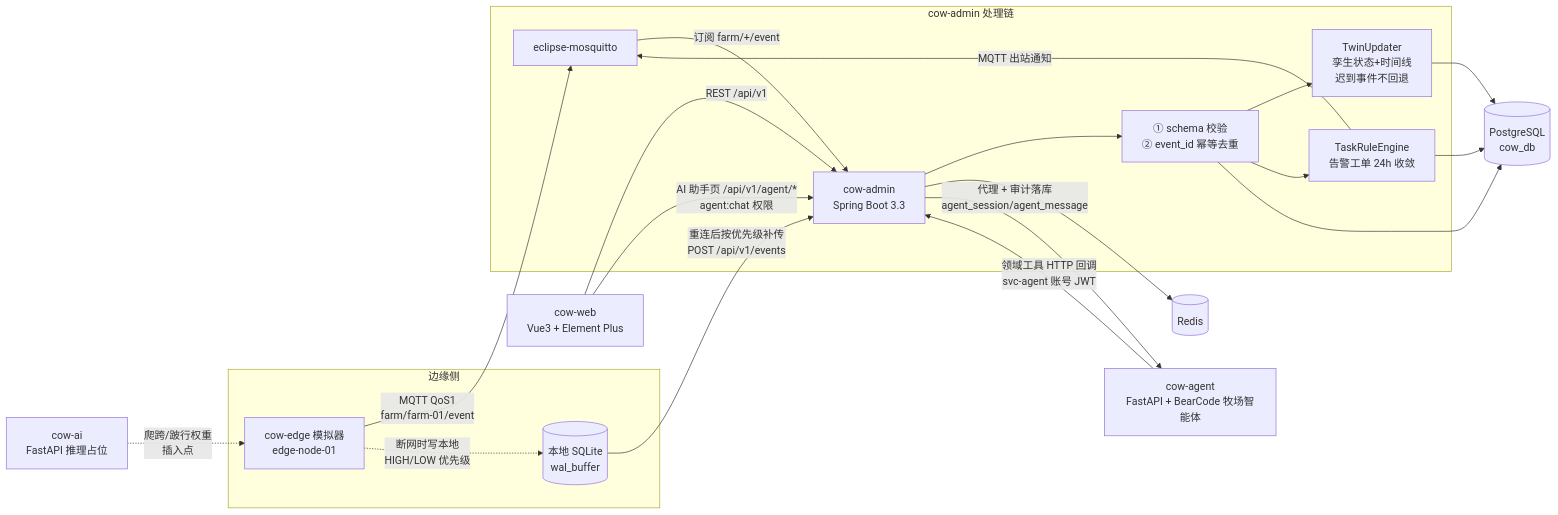
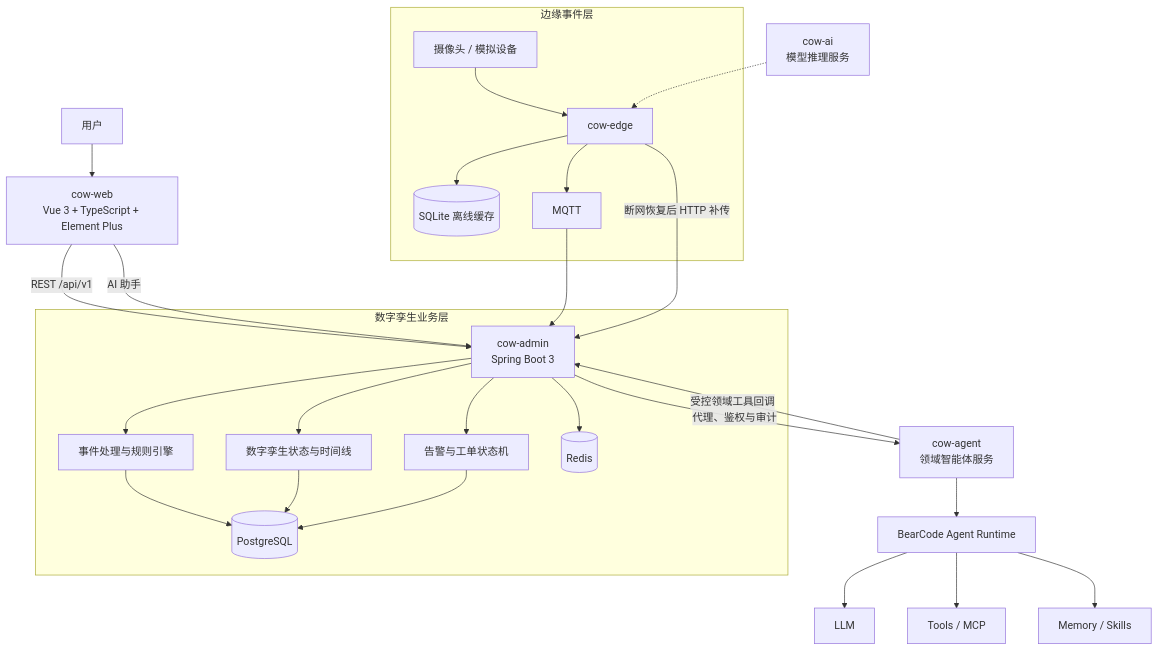
One commit to ssrnium/cattle-digital-twin-agent-platform changed the fifth of 5 diagrams in README.md. Above: the diagram before and after it, drawn with Mermaid. The commit also changed other lines of this file, not shown here.

````diff
--- a/README.md
+++ b/README.md
@@ -8,26 +167,33 @@
 ```mermaid
-flowchart LR
-    subgraph Edge[边缘侧]
-        SIM[cow-edge 模拟器<br/>edge-node-01]
-        WAL[(本地 SQLite<br/>wal_buffer)]
+flowchart TB
+    USER[用户] --> WEB[cow-web<br/>Vue 3 + TypeScript + Element Plus]
+    WEB -->|REST /api/v1| ADMIN[cow-admin<br/>Spring Boot 3]
+
+    subgraph BUSINESS[数字孪生业务层]
+        ADMIN --> EVENT[事件处理与规则引擎]
+        ADMIN --> TWIN[数字孪生状态与时间线]
+        ADMIN --> WORK[告警与工单状态机]
+        EVENT --> PG[(PostgreSQL)]
+        TWIN --> PG
+        WORK --> PG
+        ADMIN --> REDIS[(Redis)]
     end
-    SIM -->|MQTT QoS1<br/>farm/farm-01/event| MQ[eclipse-mosquitto]
-    SIM -.->|断网时写本地<br/>HIGH/LOW 优先级| WAL
-    WAL -->|重连后按优先级补传<br/>POST /api/v1/events| ADMIN
-    MQ -->|订阅 farm/+/event| ADMIN[cow-admin<br/>Spring Boot 3.3]
-    subgraph Admin[cow-admin 处理链]
-        ADMIN --> DEDUP[① schema 校验<br/>② event_id 幂等去重]
-        DEDUP --> TWIN[TwinUpdater<br/>孪生状态+时间线<br/>迟到事件不回退]
-        DEDUP --> RULE[TaskRuleEngine<br/>告警工单 24h 收敛]
-        RULE -->|MQTT 出站通知| MQ
+
+    WEB -->|AI 助手| ADMIN
+    ADMIN -->|代理、鉴权与审计| COWAGENT[cow-agent<br/>领域智能体服务]
+    COWAGENT --> RUNTIME[BearCode Agent Runtime]
+    RUNTIME --> LLM[LLM]
+    RUNTIME --> TOOLS[Tools / MCP]
+    RUNTIME --> MEMORY[Memory / Skills]
+    COWAGENT -->|受控领域工具回调| ADMIN
+
+    subgraph EDGE[边缘事件层]
+        DEVICE[摄像头 / 模拟设备] --> EDGEAPP[cow-edge]
+        EDGEAPP --> SQLITE[(SQLite 离线缓存)]
+        EDGEAPP --> MQTT[MQTT]
     end
-    TWIN --> DB[(PostgreSQL<br/>cow_db)]
-    RULE --> DB
-    DEDUP --> DB
-    ADMIN --> REDIS[(Redis)]
-    WEB[cow-web<br/>Vue3 + Element Plus] -->|REST /api/v1| ADMIN
-    AI[cow-ai<br/>FastAPI 推理占位] -.->|爬跨/跛行权重<br/>插入点| SIM
-    WEB -->|AI 助手页 /api/v1/agent/*<br/>agent:chat 权限| ADMIN
-    ADMIN -->|代理 + 审计落库<br/>agent_session/agent_message| AGENT[cow-agent<br/>FastAPI + BearCode 牧场智能体]
-    AGENT -->|领域工具 HTTP 回调<br/>svc-agent 账号 JWT| ADMIN
+
+    MQTT --> ADMIN
+    EDGEAPP -->|断网恢复后 HTTP 补传| ADMIN
+    AI[cow-ai<br/>模型推理服务] -.-> EDGEAPP
 ```
````
